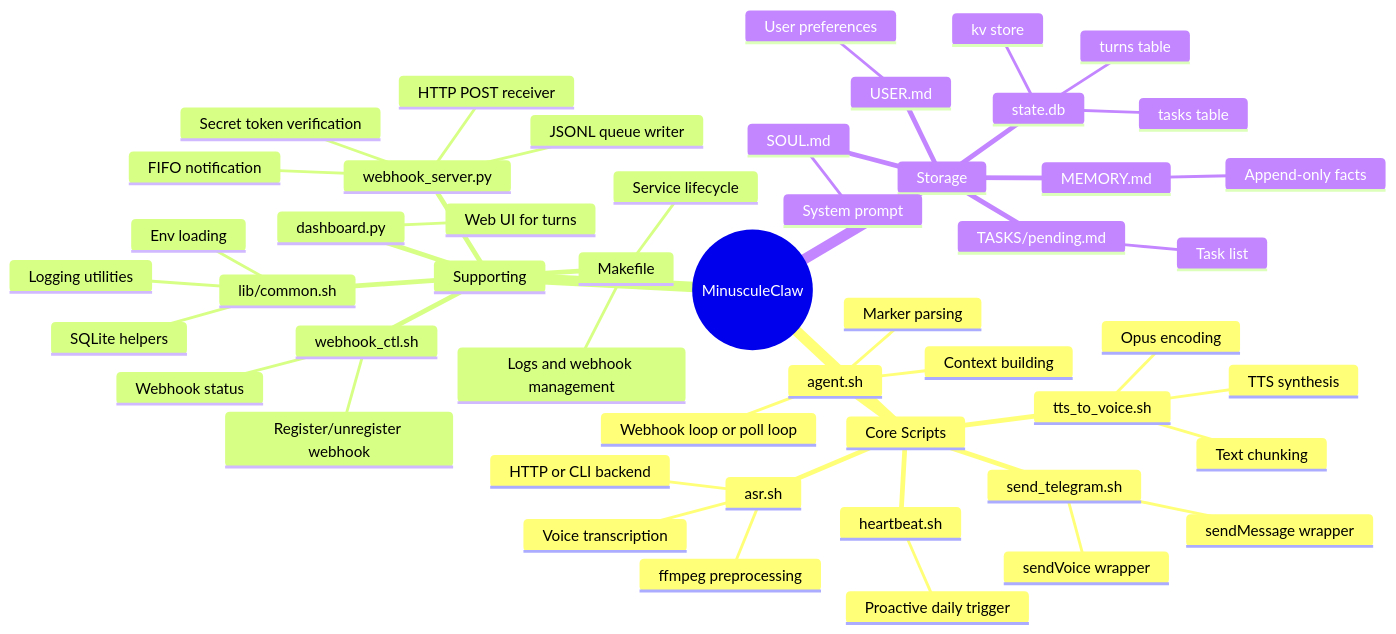
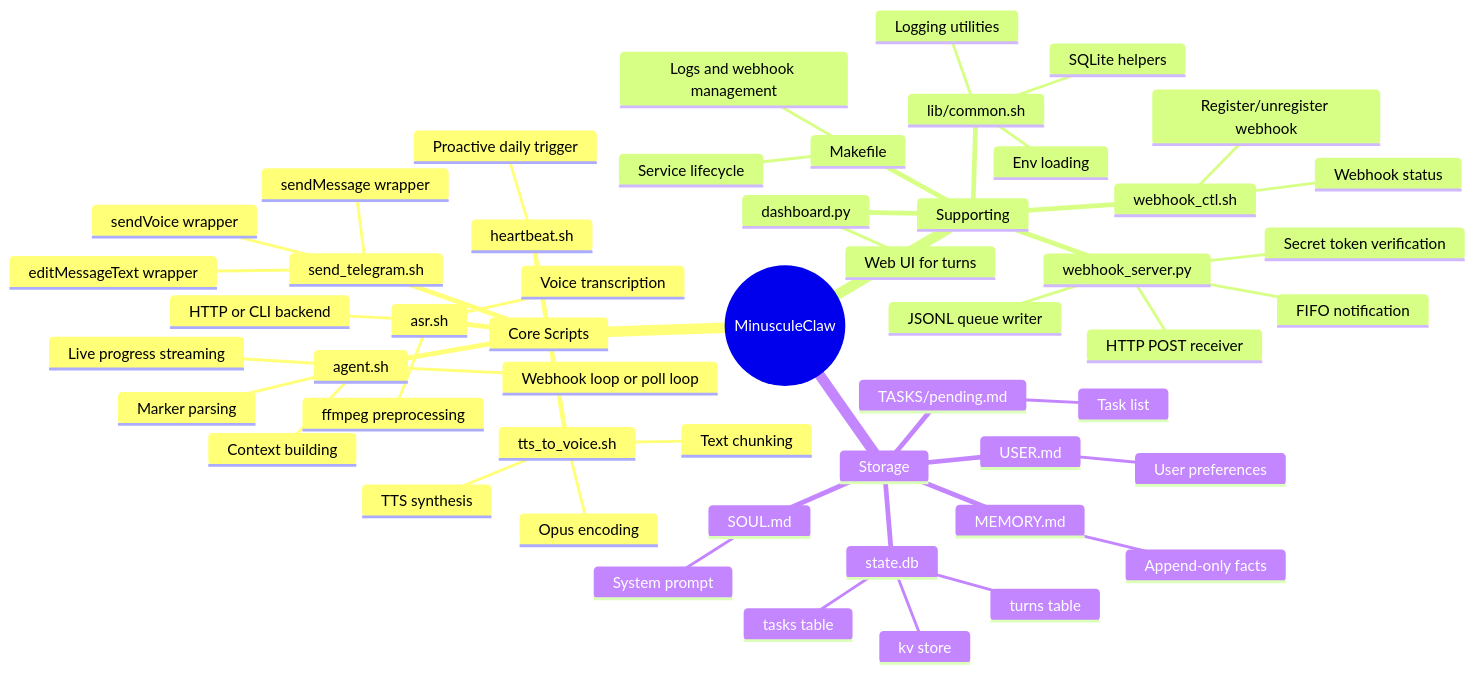
Before and after one commit to lsj5031/ShellClaw: the eighth of 9 diagrams in README.md, drawn with Mermaid. The commit also changed other lines of this file and 2 other files, not shown here.

First line of the commit message:
feat: live Telegram progress updates + typing indicator

````diff
--- a/README.md
+++ b/README.md
@@ -322,53 +422,55 @@
 ```mermaid
 mindmap
   root((MinusculeClaw))
     Core Scripts
       agent.sh
         Webhook loop or poll loop
         Context building
         Marker parsing
+        Live progress streaming
       asr.sh
         Voice transcription
         ffmpeg preprocessing
         HTTP or CLI backend
       tts_to_voice.sh
         Text chunking
         TTS synthesis
         Opus encoding
       send_telegram.sh
         sendMessage wrapper
         sendVoice wrapper
+        editMessageText wrapper
       heartbeat.sh
         Proactive daily trigger
     Supporting
       lib/common.sh
         Env loading
         SQLite helpers
         Logging utilities
       webhook_server.py
         HTTP POST receiver
         Secret token verification
         FIFO notification
         JSONL queue writer
       webhook_ctl.sh
         Register/unregister webhook
         Webhook status
       dashboard.py
         Web UI for turns
       Makefile
         Service lifecycle
         Logs and webhook management
     Storage
       state.db
         turns table
         tasks table
         kv store
       MEMORY.md
         Append-only facts
       TASKS/pending.md
         Task list
       SOUL.md
         System prompt
       USER.md
         User preferences
 ```
````
